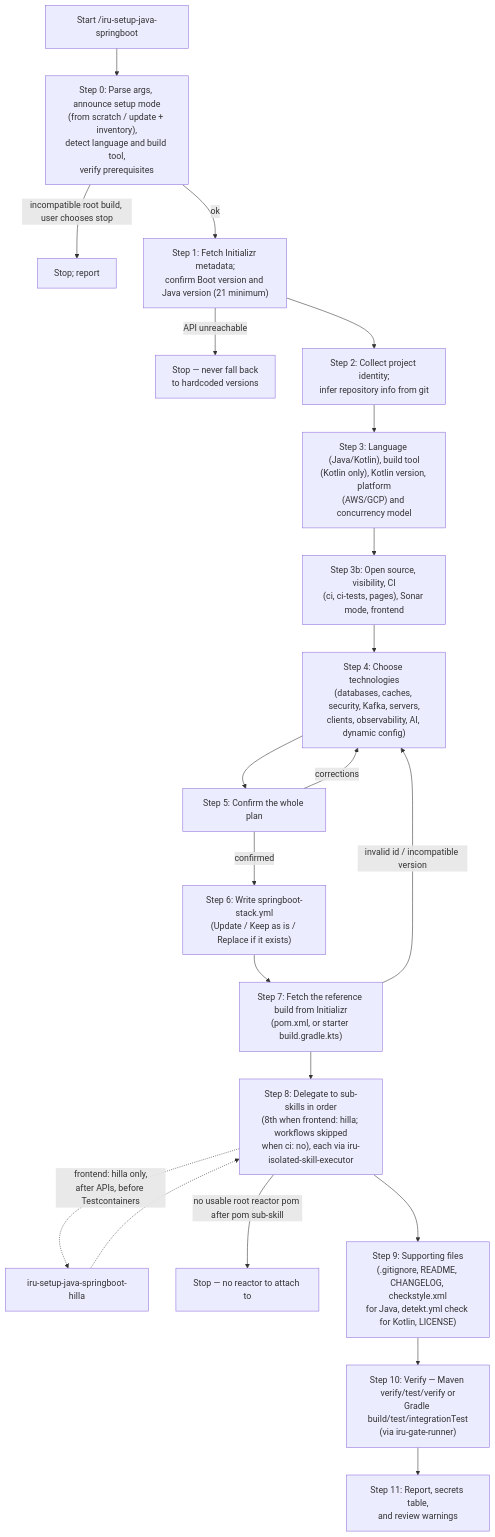
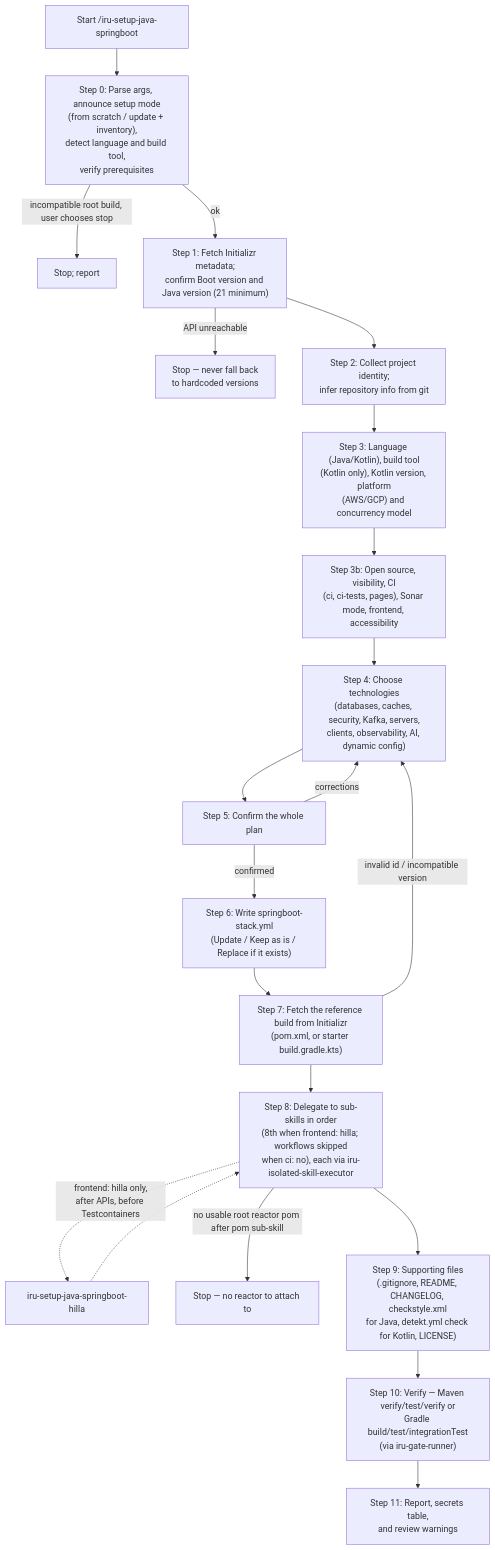
The diagram in docs/modules/ROOT/pages/skills/iru-setup-java-springboot.adoc (albertoirurueta/ai-catalog), drawn with Mermaid before and after one commit. The commit also changed other lines of this file and 325 other files, not shown here.

```diff
--- a/docs/modules/ROOT/pages/skills/iru-setup-java-springboot.adoc
+++ b/docs/modules/ROOT/pages/skills/iru-setup-java-springboot.adoc
@@ -307,24 +318,24 @@
 [mermaid]
 ....
 flowchart TD
     A["Start /iru-setup-java-springboot"] --> B["Step 0: Parse args, announce setup mode\n(from scratch / update + inventory),\ndetect language and build tool,\nverify prerequisites"]
     B -- incompatible root build, user chooses stop --> STOP[Stop; report]
     B -- ok --> C["Step 1: Fetch Initializr metadata;\nconfirm Boot version and Java version (21 minimum)"]
     C -- API unreachable --> STOP2["Stop — never fall back\nto hardcoded versions"]
     C --> D["Step 2: Collect project identity;\ninfer repository info from git"]
     D --> E["Step 3: Language (Java/Kotlin), build tool\n(Kotlin only), Kotlin version, platform\n(AWS/GCP) and concurrency model"]
-    E --> EB["Step 3b: Open source, visibility, CI\n(ci, ci-tests, pages), Sonar mode, frontend"]
+    E --> EB["Step 3b: Open source, visibility, CI\n(ci, ci-tests, pages), Sonar mode, frontend, accessibility"]
     EB --> F["Step 4: Choose technologies\n(databases, caches, security, Kafka, servers,\nclients, observability, AI, dynamic config)"]
     F --> G["Step 5: Confirm the whole plan"]
     G -- corrections --> F
     G -- confirmed --> H["Step 6: Write springboot-stack.yml\n(Update / Keep as is / Replace if it exists)"]
     H --> I["Step 7: Fetch the reference build from Initializr\n(pom.xml, or starter build.gradle.kts)"]
     I -- invalid id / incompatible version --> F
     I --> J["Step 8: Delegate to sub-skills in order\n(8th when frontend: hilla; workflows skipped\nwhen ci: no), each via iru-isolated-skill-executor"]
     J -.->|"frontend: hilla only,\nafter APIs, before Testcontainers"| JH["iru-setup-java-springboot-hilla"]
     JH -.-> J
     J -- no usable root reactor pom after pom sub-skill --> STOP3["Stop — no reactor to attach to"]
     J --> K["Step 9: Supporting files\n(.gitignore, README, CHANGELOG, checkstyle.xml\nfor Java, detekt.yml check for Kotlin, LICENSE)"]
     K --> L["Step 10: Verify — Maven verify/test/verify or\nGradle build/test/integrationTest\n(via iru-gate-runner)"]
     L --> M["Step 11: Report, secrets table,\nand review warnings"]
 ....
```
